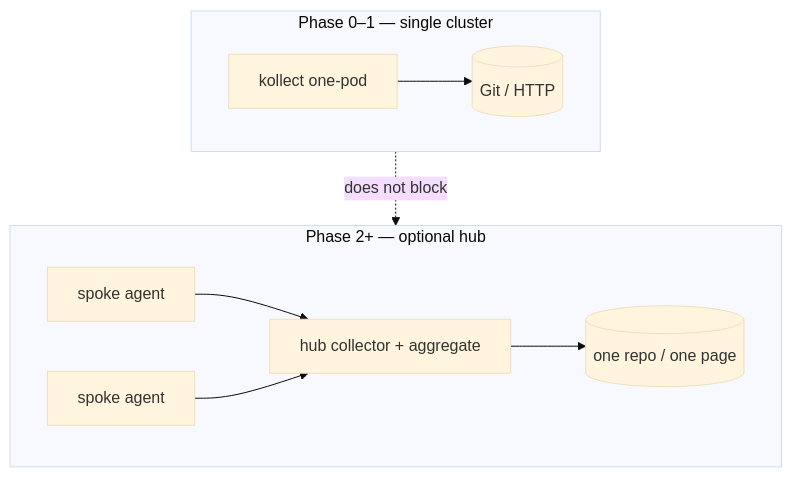
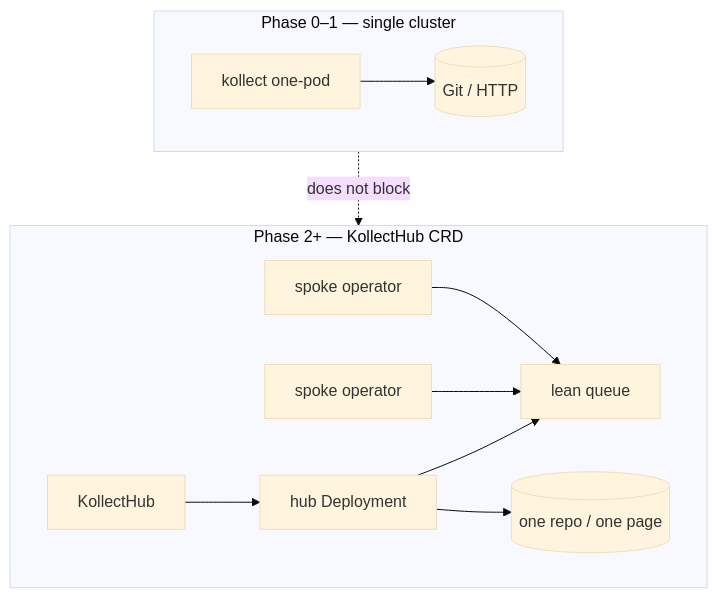
The fourth of 5 diagrams in docs/ARCHITECTURE.md (konih/kollect), drawn with Mermaid (base theme) before and after one commit. The commit also changed other lines of this file and 8 other files, not shown here.

First line of the commit message:
:page_facing_up: docs: namespaced inventory, hub CRD, queue ADR

````diff
--- a/docs/ARCHITECTURE.md
+++ b/docs/ARCHITECTURE.md
@@ -115,16 +119,20 @@
 ```mermaid
 flowchart TB
   subgraph now [Phase 0–1 — single cluster]
     Op[kollect one-pod]
     Op --> Git1[(Git / HTTP)]
   end
-  subgraph later [Phase 2+ — optional hub]
-    S1[spoke agent]
-    S2[spoke agent]
-    Hub[hub collector + aggregate]
-    S1 --> Hub
-    S2 --> Hub
-    Hub --> Git2[(one repo / one page)]
+  subgraph later [Phase 2+ — KollectHub CRD]
+    S1[spoke operator]
+    S2[spoke operator]
+    HubCRD[KollectHub]
+    Dep[hub Deployment]
+    Q[lean queue]
+    HubCRD --> Dep
+    S1 --> Q
+    S2 --> Q
+    Dep --> Q
+    Dep --> Git2[(one repo / one page)]
   end
   now -.->|does not block| later
 ```
````
